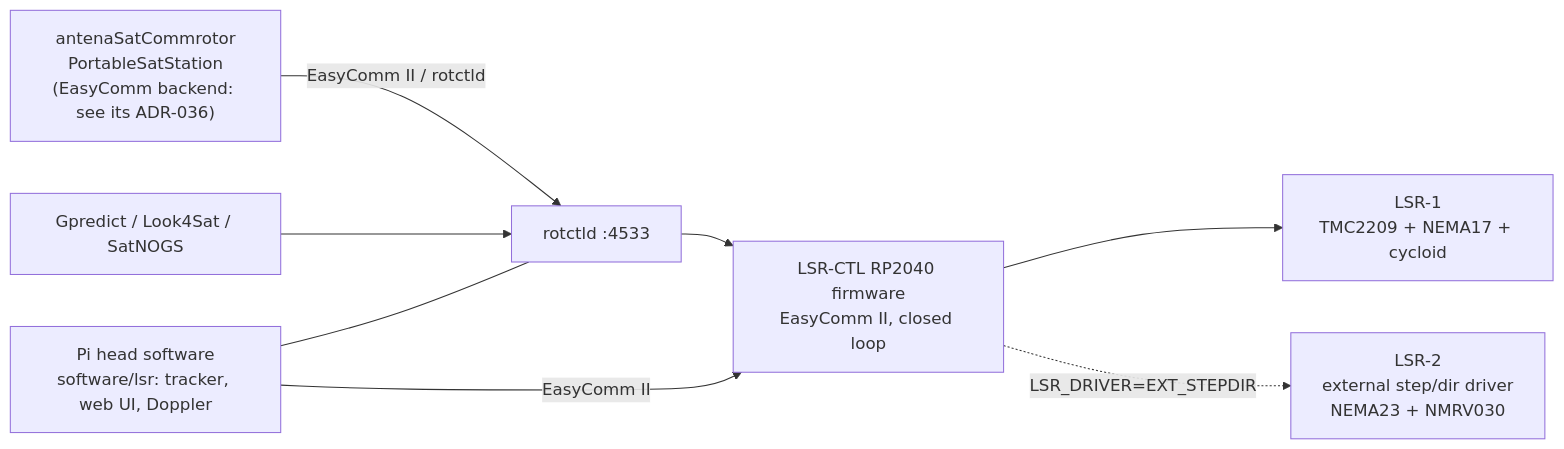
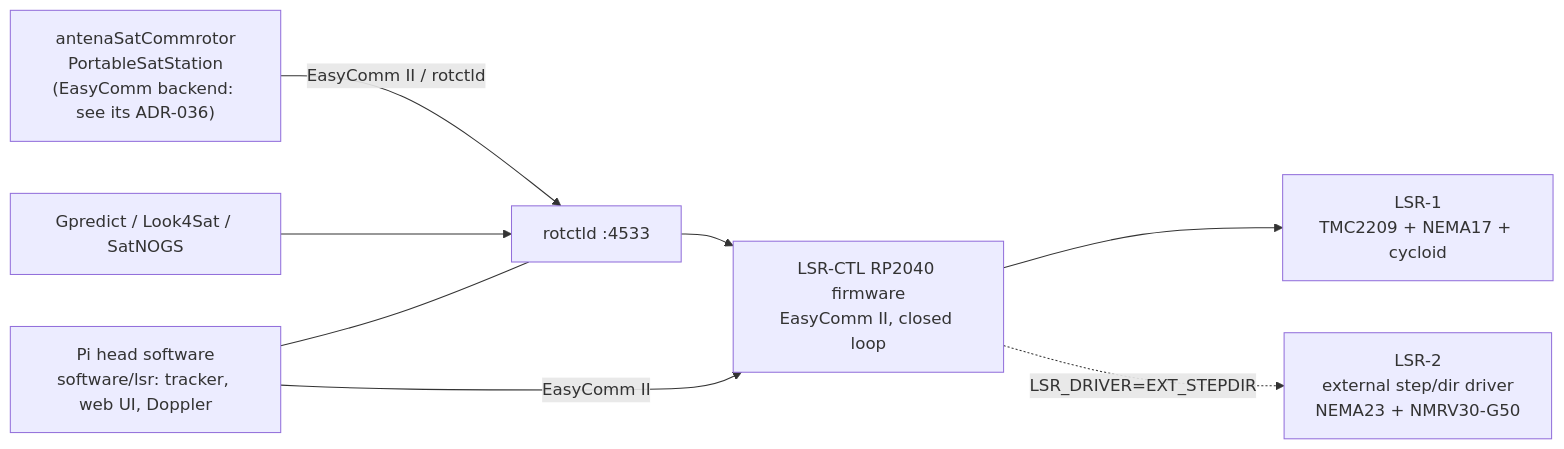
The diagram in docs/ARCHITECTURE.md (Brico-Hams/libresat-rotator), drawn with Mermaid before and after one commit. The commit also changed other lines of this file and 266 other files, not shown here.

````diff
--- a/docs/ARCHITECTURE.md
+++ b/docs/ARCHITECTURE.md
@@ -23,17 +23,17 @@
 ```mermaid
 flowchart LR
     PSS["antenaSatCommrotor<br/>PortableSatStation<br/>(EasyComm backend: see its ADR-036)"]
     GP["Gpredict / Look4Sat / SatNOGS"]
     PI["Pi head software<br/>software/lsr: tracker, web UI, Doppler"]
     RC["rotctld :4533"]
     CTL["LSR-CTL RP2040 firmware<br/>EasyComm II, closed loop"]
     L1["LSR-1<br/>TMC2209 + NEMA17 + cycloid"]
-    L2["LSR-2<br/>external step/dir driver<br/>NEMA23 + NMRV030"]
+    L2["LSR-2<br/>external step/dir driver<br/>NEMA23 + NMRV30-G50"]
     PSS -->|EasyComm II / rotctld| RC
     GP --> RC
     PI --- RC
     RC --> CTL
     PI -->|EasyComm II| CTL
     CTL --> L1
     CTL -.->|LSR_DRIVER=EXT_STEPDIR| L2
 ```
````
